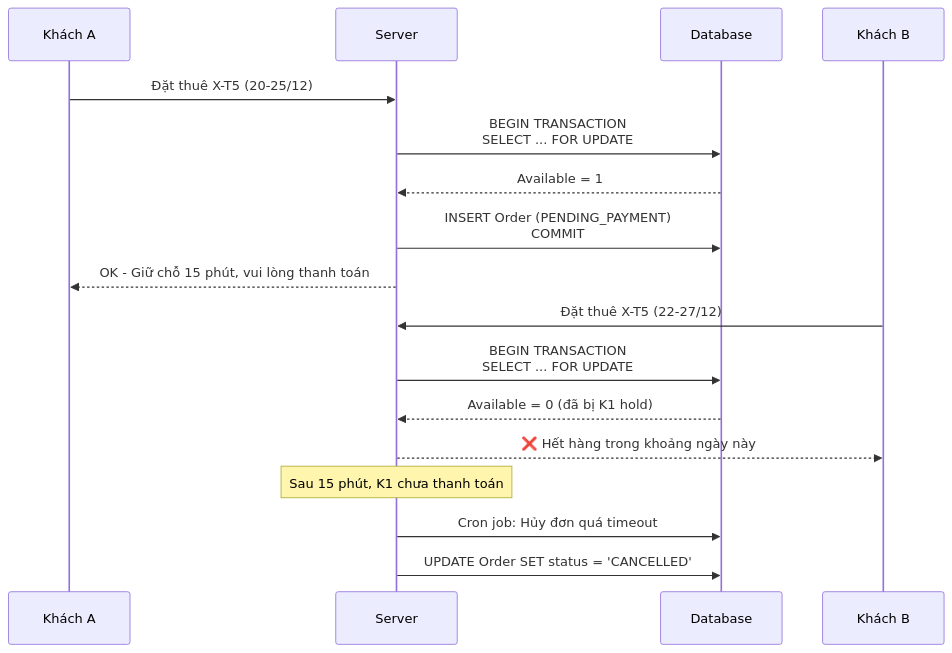
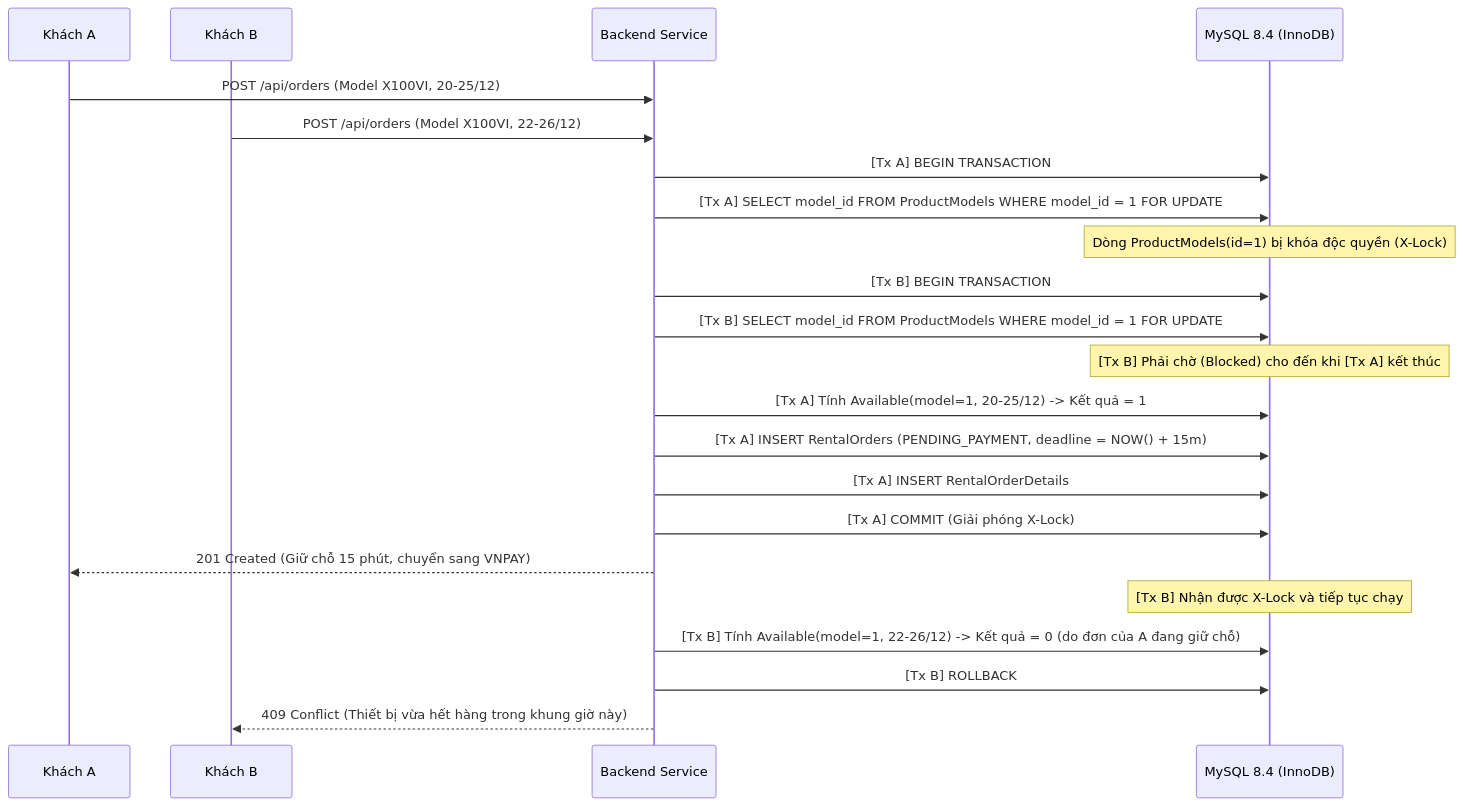
One commit to Duynguyen1108i3/refuji changed the third of 7 diagrams in README.md. Above: the diagram before and after it, drawn with Mermaid. The commit also changed other lines of this file and 1 other file, not shown here.

````diff
--- a/README.md
+++ b/README.md
@@ -192,22 +242,29 @@
 ```mermaid
 sequenceDiagram
-    participant K1 as Khách A
-    participant SV as Server
-    participant DB as Database
-    participant K2 as Khách B
+    participant KA as Khách A
+    participant KB as Khách B
+    participant API as Backend Service
+    participant DB as MySQL 8.4 (InnoDB)
 
-    K1->>SV: Đặt thuê X-T5 (20-25/12)
-    SV->>DB: BEGIN TRANSACTION<br/>SELECT ... FOR UPDATE
-    DB-->>SV: Available = 1
-    SV->>DB: INSERT Order (PENDING_PAYMENT)<br/>COMMIT
-    SV-->>K1: OK - Giữ chỗ 15 phút, vui lòng thanh toán
+    KA->>API: POST /api/orders (Model X100VI, 20-25/12)
+    KB->>API: POST /api/orders (Model X100VI, 22-26/12)
+    
+    API->>DB: [Tx A] BEGIN TRANSACTION
+    API->>DB: [Tx A] SELECT model_id FROM ProductModels WHERE model_id = 1 FOR UPDATE
+    Note over DB: Dòng ProductModels(id=1) bị khóa độc quyền (X-Lock)
+    
+    API->>DB: [Tx B] BEGIN TRANSACTION
+    API->>DB: [Tx B] SELECT model_id FROM ProductModels WHERE model_id = 1 FOR UPDATE
+    Note over DB: [Tx B] Phải chờ (Blocked) cho đến khi [Tx A] kết thúc
 
-    K2->>SV: Đặt thuê X-T5 (22-27/12)
-    SV->>DB: BEGIN TRANSACTION<br/>SELECT ... FOR UPDATE
-    DB-->>SV: Available = 0 (đã bị K1 hold)
-    SV-->>K2: ❌ Hết hàng trong khoảng ngày này
+    API->>DB: [Tx A] Tính Available(model=1, 20-25/12) -> Kết quả = 1
+    API->>DB: [Tx A] INSERT RentalOrders (PENDING_PAYMENT, deadline = NOW() + 15m)
+    API->>DB: [Tx A] INSERT RentalOrderDetails
+    API->>DB: [Tx A] COMMIT (Giải phóng X-Lock)
+    API-->>KA: 201 Created (Giữ chỗ 15 phút, chuyển sang VNPAY)
 
-    Note over SV: Sau 15 phút, K1 chưa thanh toán
-    SV->>DB: Cron job: Hủy đơn quá timeout
-    SV->>DB: UPDATE Order SET status = 'CANCELLED'
+    Note over DB: [Tx B] Nhận được X-Lock và tiếp tục chạy
+    API->>DB: [Tx B] Tính Available(model=1, 22-26/12) -> Kết quả = 0 (do đơn của A đang giữ chỗ)
+    API->>DB: [Tx B] ROLLBACK
+    API-->>KB: 409 Conflict (Thiết bị vừa hết hàng trong khung giờ này)
 ```
````
